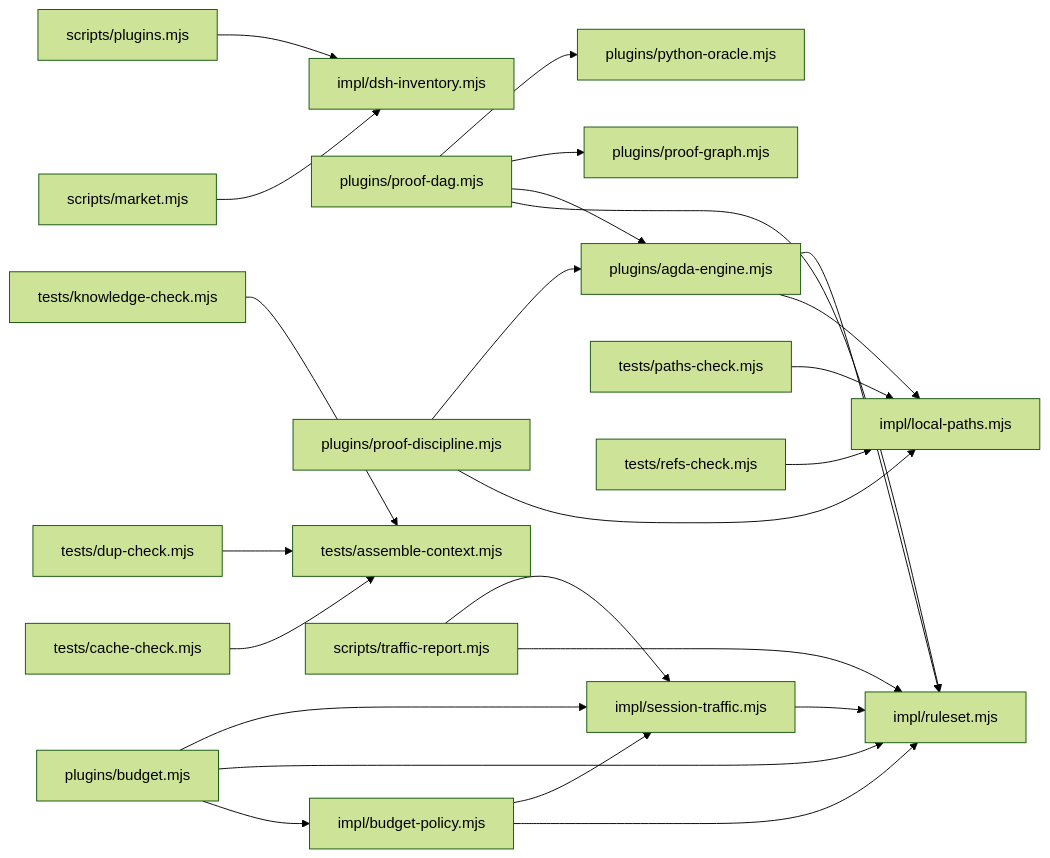
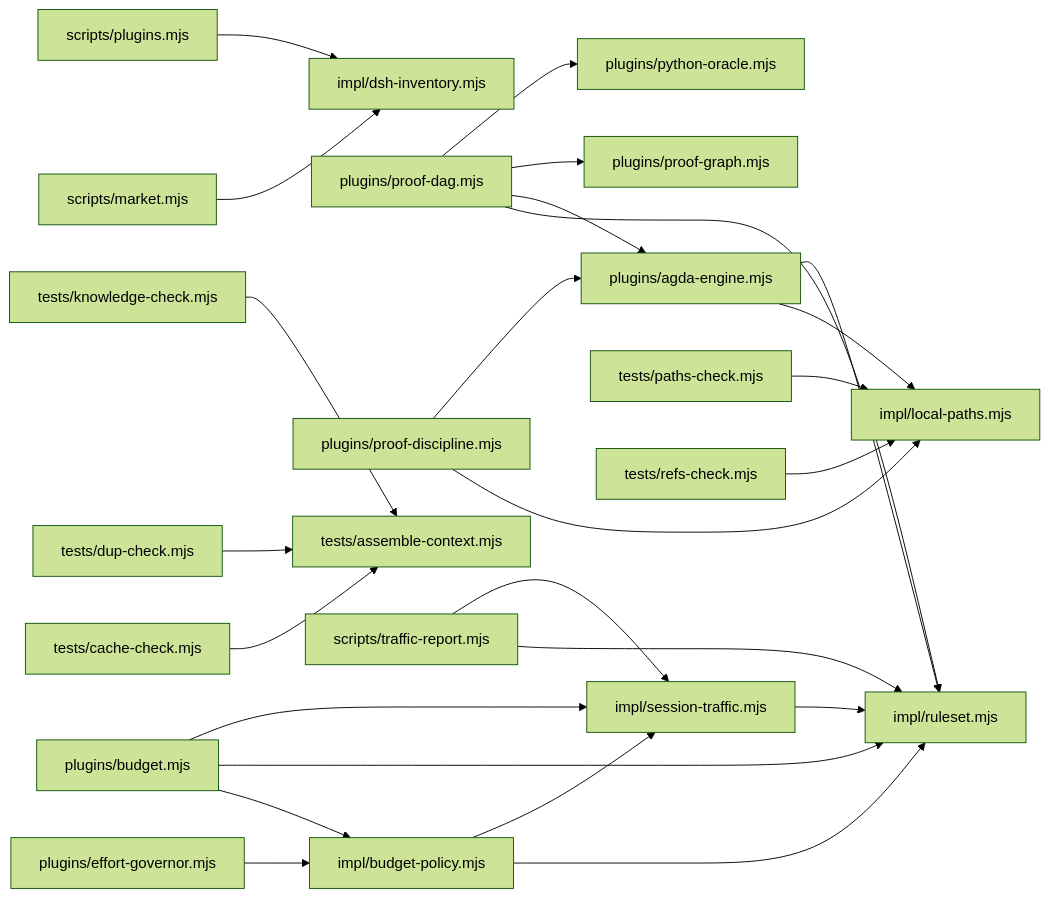
The diagram in math-proof/docs/maps/M2-dependency.md (clearnature/dsh-math-proof), drawn with Mermaid (forest theme) before and after one commit. The commit also changed other lines of this file and 19 other files, not shown here.

````diff
--- a/math-proof/docs/maps/M2-dependency.md
+++ b/math-proof/docs/maps/M2-dependency.md
@@ -55,26 +56,27 @@
 ```mermaid
 graph LR
   impl_budget-policy_mjs["impl/budget-policy.mjs"] --> impl_ruleset_mjs["impl/ruleset.mjs"]
   impl_budget-policy_mjs["impl/budget-policy.mjs"] --> impl_session-traffic_mjs["impl/session-traffic.mjs"]
   impl_session-traffic_mjs["impl/session-traffic.mjs"] --> impl_ruleset_mjs["impl/ruleset.mjs"]
   plugins_agda-engine_mjs["plugins/agda-engine.mjs"] --> impl_local-paths_mjs["impl/local-paths.mjs"]
   plugins_agda-engine_mjs["plugins/agda-engine.mjs"] --> impl_ruleset_mjs["impl/ruleset.mjs"]
   plugins_budget_mjs["plugins/budget.mjs"] --> impl_budget-policy_mjs["impl/budget-policy.mjs"]
   plugins_budget_mjs["plugins/budget.mjs"] --> impl_ruleset_mjs["impl/ruleset.mjs"]
   plugins_budget_mjs["plugins/budget.mjs"] --> impl_session-traffic_mjs["impl/session-traffic.mjs"]
+  plugins_effort-governor_mjs["plugins/effort-governor.mjs"] --> impl_budget-policy_mjs["impl/budget-policy.mjs"]
   plugins_proof-dag_mjs["plugins/proof-dag.mjs"] --> impl_ruleset_mjs["impl/ruleset.mjs"]
   plugins_proof-dag_mjs["plugins/proof-dag.mjs"] --> plugins_agda-engine_mjs["plugins/agda-engine.mjs"]
   plugins_proof-dag_mjs["plugins/proof-dag.mjs"] --> plugins_proof-graph_mjs["plugins/proof-graph.mjs"]
   plugins_proof-dag_mjs["plugins/proof-dag.mjs"] --> plugins_python-oracle_mjs["plugins/python-oracle.mjs"]
   plugins_proof-discipline_mjs["plugins/proof-discipline.mjs"] --> impl_local-paths_mjs["impl/local-paths.mjs"]
   plugins_proof-discipline_mjs["plugins/proof-discipline.mjs"] --> plugins_agda-engine_mjs["plugins/agda-engine.mjs"]
   scripts_market_mjs["scripts/market.mjs"] --> impl_dsh-inventory_mjs["impl/dsh-inventory.mjs"]
   scripts_plugins_mjs["scripts/plugins.mjs"] --> impl_dsh-inventory_mjs["impl/dsh-inventory.mjs"]
   scripts_traffic-report_mjs["scripts/traffic-report.mjs"] --> impl_ruleset_mjs["impl/ruleset.mjs"]
   scripts_traffic-report_mjs["scripts/traffic-report.mjs"] --> impl_session-traffic_mjs["impl/session-traffic.mjs"]
   tests_cache-check_mjs["tests/cache-check.mjs"] --> tests_assemble-context_mjs["tests/assemble-context.mjs"]
   tests_dup-check_mjs["tests/dup-check.mjs"] --> tests_assemble-context_mjs["tests/assemble-context.mjs"]
   tests_knowledge-check_mjs["tests/knowledge-check.mjs"] --> tests_assemble-context_mjs["tests/assemble-context.mjs"]
   tests_paths-check_mjs["tests/paths-check.mjs"] --> impl_local-paths_mjs["impl/local-paths.mjs"]
   tests_refs-check_mjs["tests/refs-check.mjs"] --> impl_local-paths_mjs["impl/local-paths.mjs"]
 ```
````
